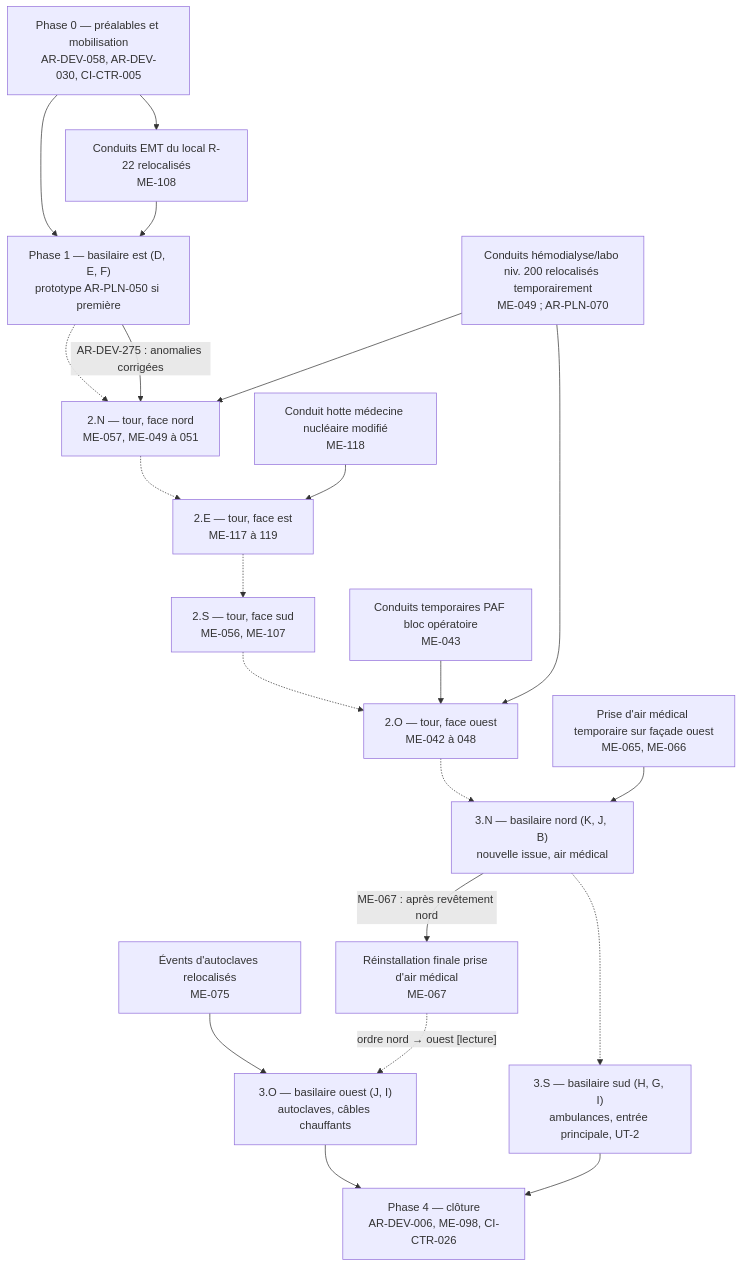
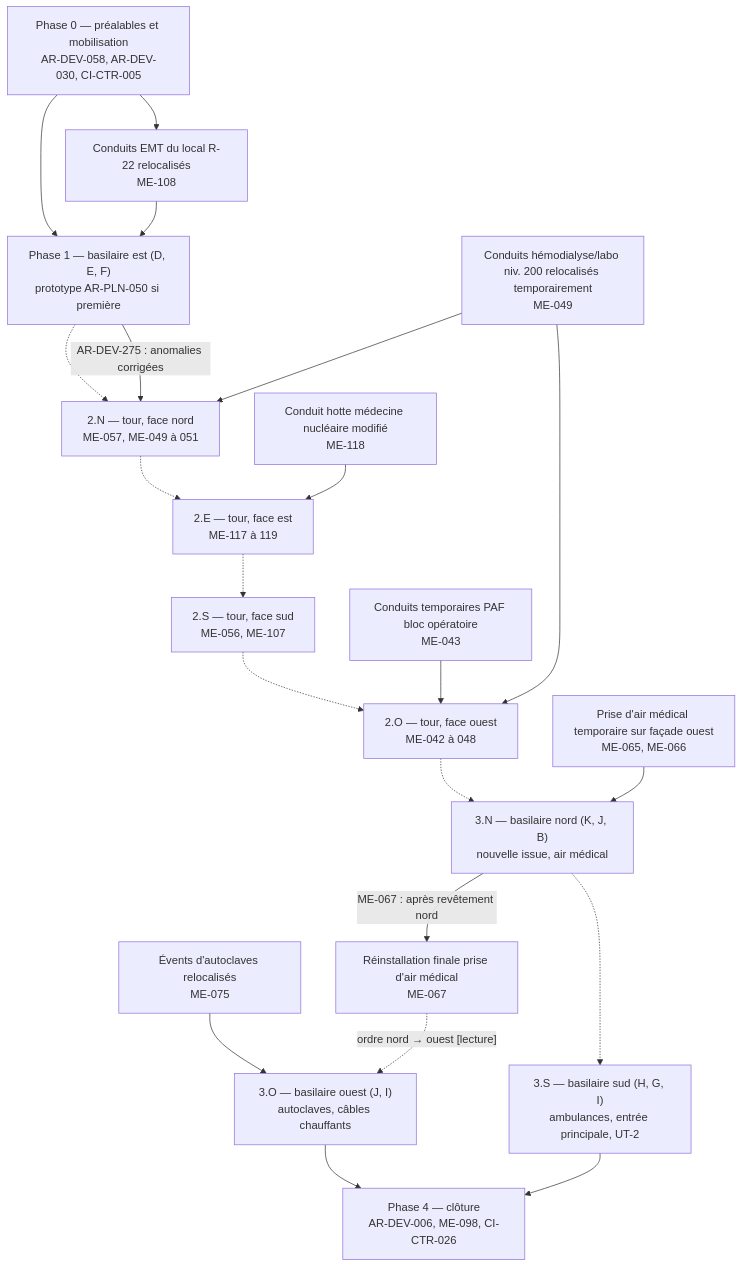
One commit to GLCRM/Chandler changed the first of 4 diagrams in analyse/03-phasage.md. Above: the diagram before and after it, drawn with Mermaid. The commit also changed other lines of this file and 5 other files, not shown here.

````diff
--- a/analyse/03-phasage.md
+++ b/analyse/03-phasage.md
@@ -265,38 +265,38 @@
 ```mermaid
 flowchart TD
     P0["Phase 0 — préalables et mobilisation<br/>AR-DEV-058, AR-DEV-030, CI-CTR-005"]
     P1["Phase 1 — basilaire est (D, E, F)<br/>prototype AR-PLN-050 si première"]
     T2N["2.N — tour, face nord<br/>ME-057, ME-049 à 051"]
     T2E["2.E — tour, face est<br/>ME-117 à 119"]
     T2S["2.S — tour, face sud<br/>ME-056, ME-107"]
     T2O["2.O — tour, face ouest<br/>ME-042 à 048"]
     B3N["3.N — basilaire nord (K, J, B)<br/>nouvelle issue, air médical"]
     B3O["3.O — basilaire ouest (J, I)<br/>autoclaves, câbles chauffants"]
     B3S["3.S — basilaire sud (H, G, I)<br/>ambulances, entrée principale, UT-2"]
     P4["Phase 4 — clôture<br/>AR-DEV-006, ME-098, CI-CTR-026"]
-    PRE_H["Conduits hémodialyse/labo niv. 200 relocalisés temporairement<br/>ME-049 ; AR-PLN-070"]
+    PRE_H["Conduits hémodialyse/labo niv. 200 relocalisés temporairement<br/>ME-049"]
     PRE_BO["Conduits temporaires PAF bloc opératoire<br/>ME-043"]
     PRE_MN["Conduit hotte médecine nucléaire modifié<br/>ME-118"]
     PRE_AM["Prise d'air médical temporaire sur façade ouest<br/>ME-065, ME-066"]
     PRE_AC["Évents d'autoclaves relocalisés<br/>ME-075"]
     PRE_R22["Conduits EMT du local R-22 relocalisés<br/>ME-108"]
     FIN_AM["Réinstallation finale prise d'air médical<br/>ME-067"]
 
     P0 --> P1
     P0 --> PRE_R22 --> P1
     P1 -.-> T2N
     PRE_H --> T2N
     PRE_H --> T2O
     PRE_MN --> T2E
     PRE_BO --> T2O
     T2N -.-> T2E -.-> T2S -.-> T2O
     T2O -.-> B3N
     PRE_AM --> B3N
     B3N -->|"ME-067 : après revêtement nord"| FIN_AM
     FIN_AM -.->|"ordre nord → ouest [lecture]"| B3O
     PRE_AC --> B3O
     B3N -.-> B3S
     B3O --> P4
     B3S --> P4
     P1 -->|"AR-DEV-275 : anomalies corrigées"| T2N
 ```
````
